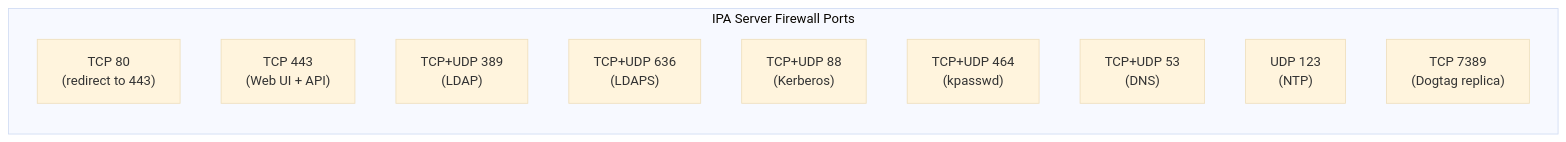
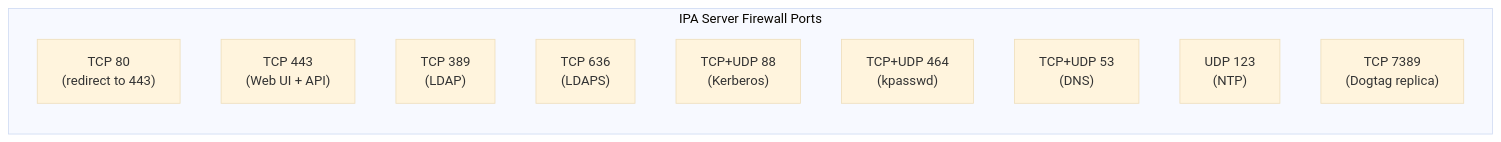
One commit to UncleJS/course_FreeIPA changed the fourth of 4 diagrams in 02_installation.md. Above: the diagram before and after it, drawn with Mermaid (base theme). The commit also changed other lines of this file and 24 other files, not shown here.

````diff
--- a/02_installation.md
+++ b/02_installation.md
@@ -378,14 +399,14 @@
 ```mermaid
 graph LR
     subgraph "IPA Server Firewall Ports"
-        A["TCP 80\n(redirect to 443)"]
-        B["TCP 443\n(Web UI + API)"]
-        C["TCP+UDP 389\n(LDAP)"]
-        D["TCP+UDP 636\n(LDAPS)"]
-        E["TCP+UDP 88\n(Kerberos)"]
-        F["TCP+UDP 464\n(kpasswd)"]
-        G["TCP+UDP 53\n(DNS)"]
-        H["UDP 123\n(NTP)"]
-        I["TCP 7389\n(Dogtag replica)"]
+        A["TCP 80<br/>(redirect to 443)"]
+        B["TCP 443<br/>(Web UI + API)"]
+        C["TCP 389<br/>(LDAP)"]
+        D["TCP 636<br/>(LDAPS)"]
+        E["TCP+UDP 88<br/>(Kerberos)"]
+        F["TCP+UDP 464<br/>(kpasswd)"]
+        G["TCP+UDP 53<br/>(DNS)"]
+        H["UDP 123<br/>(NTP)"]
+        I["TCP 7389<br/>(Dogtag replica)"]
     end
 ```
````
